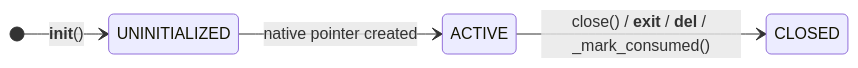
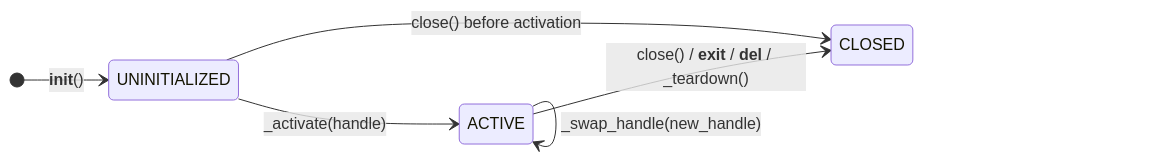
The second of 9 diagrams in docs/native-resources-management.md (contentauth/c2pa-python), drawn with Mermaid before and after one commit. The commit also changed other lines of this file and 7 other files, not shown here.

````diff
--- a/docs/native-resources-management.md
+++ b/docs/native-resources-management.md
@@ -119,7 +164,9 @@
 ```mermaid
 stateDiagram-v2
     direction LR
     [*] --> UNINITIALIZED : __init__()
-    UNINITIALIZED --> ACTIVE : native pointer created
-    ACTIVE --> CLOSED : close() / __exit__ / __del__ / _mark_consumed()
+    UNINITIALIZED --> ACTIVE : _activate(handle)
+    UNINITIALIZED --> CLOSED : close() before activation
+    ACTIVE --> ACTIVE : _swap_handle(new_handle)
+    ACTIVE --> CLOSED : close() / __exit__ / __del__ / _teardown()
 ```
````
